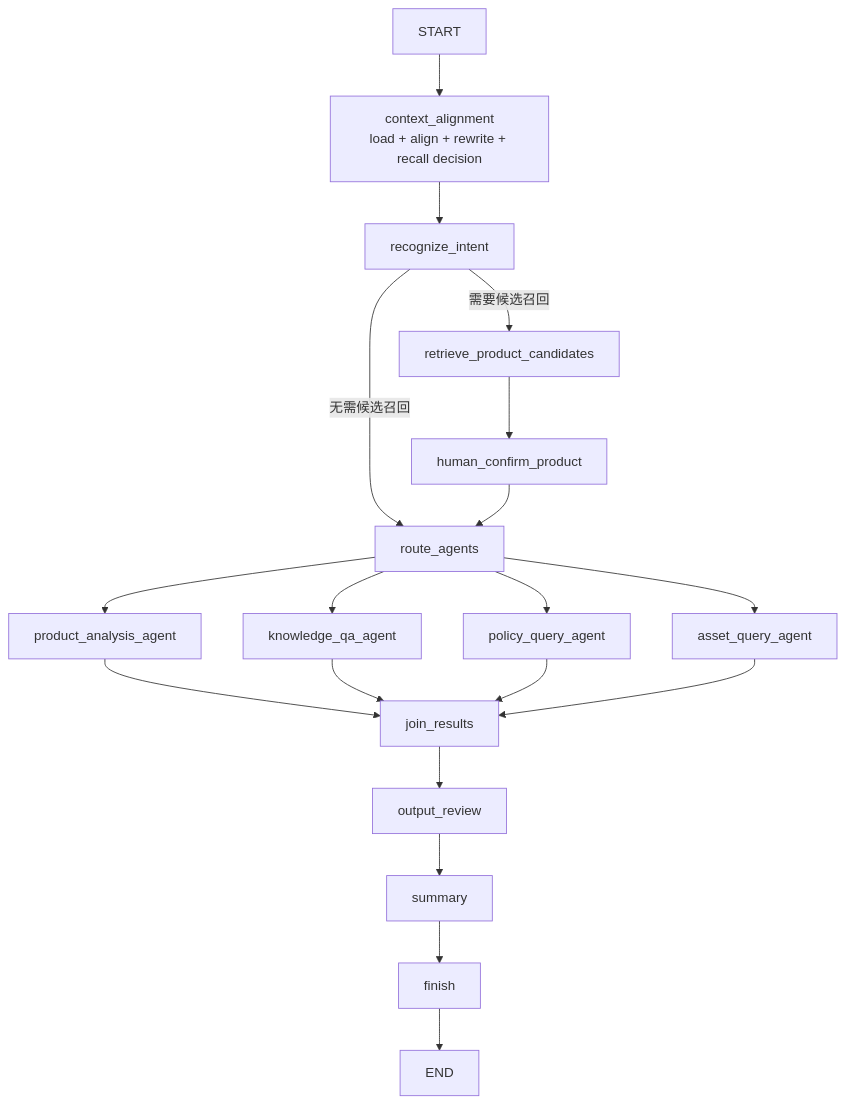
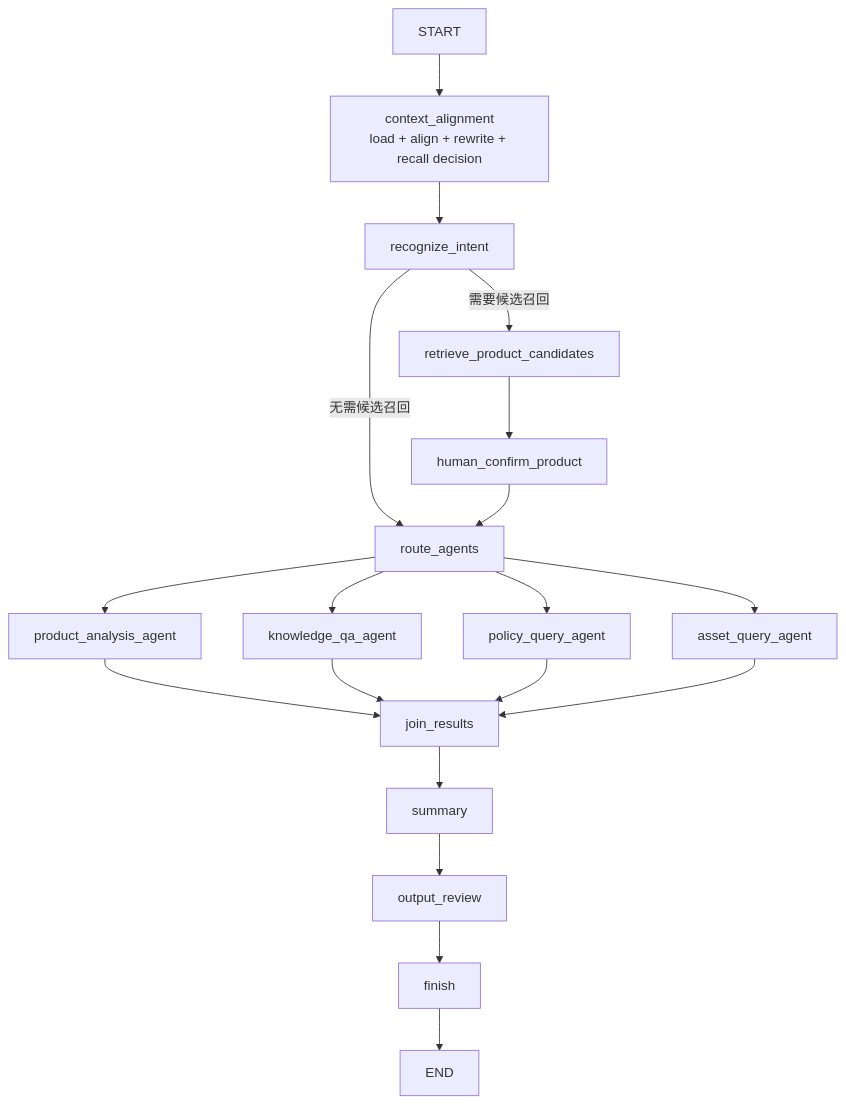
The diagram in docs/spring-ai-alibaba/04-insurance-agent-implementation-guide.md (Symbolhallo/insurance-agent), drawn with Mermaid before and after one commit. The commit also changed other lines of this file and 101 other files, not shown here.

````diff
--- a/docs/spring-ai-alibaba/04-insurance-agent-implementation-guide.md
+++ b/docs/spring-ai-alibaba/04-insurance-agent-implementation-guide.md
@@ -7,16 +7,16 @@
 ```mermaid
 flowchart TD
     S["START"] --> CA["context_alignment<br/>load + align + rewrite + recall decision"] --> RI["recognize_intent"]
     RI -->|需要候选召回| RPC["retrieve_product_candidates"] --> H["human_confirm_product"]
     RI -->|无需候选召回| RA["route_agents"]
     H --> RA
     RA --> PA["product_analysis_agent"]
     RA --> KQ["knowledge_qa_agent"]
     RA --> PQ["policy_query_agent"]
     RA --> AQ["asset_query_agent"]
     PA --> J["join_results"]
     KQ --> J
     PQ --> J
     AQ --> J
-    J --> OR["output_review"] --> SU["summary"] --> F["finish"] --> E["END"]
+    J --> SU["summary"] --> OR["output_review"] --> F["finish"] --> E["END"]
 ```
````
